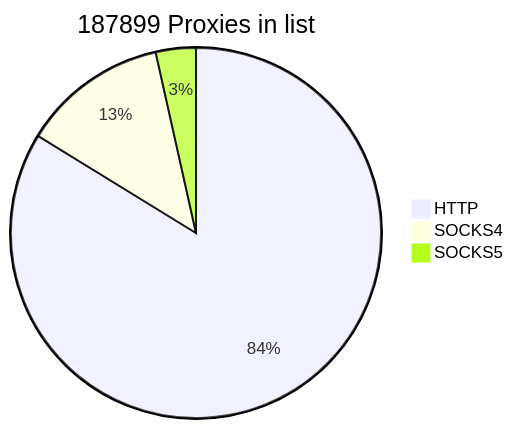
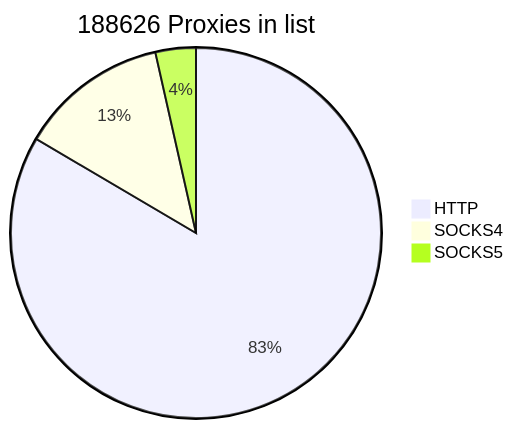
One commit to cutipu/proxylist changed the first of 2 diagrams in README.md. Above: the diagram before and after it, drawn with Mermaid. The commit also changed other lines of this file, not shown here.

````diff
--- a/README.md
+++ b/README.md
@@ -2,7 +2,7 @@
 ```mermaid
-pie title 187899 Proxies in list
-    "HTTP" : 157407
-    "SOCKS4" : 23920
-    "SOCKS5" : 6572
+pie title 188626 Proxies in list
+    "HTTP" : 157429
+    "SOCKS4" : 24548
+    "SOCKS5" : 6649
             
 ```
````
